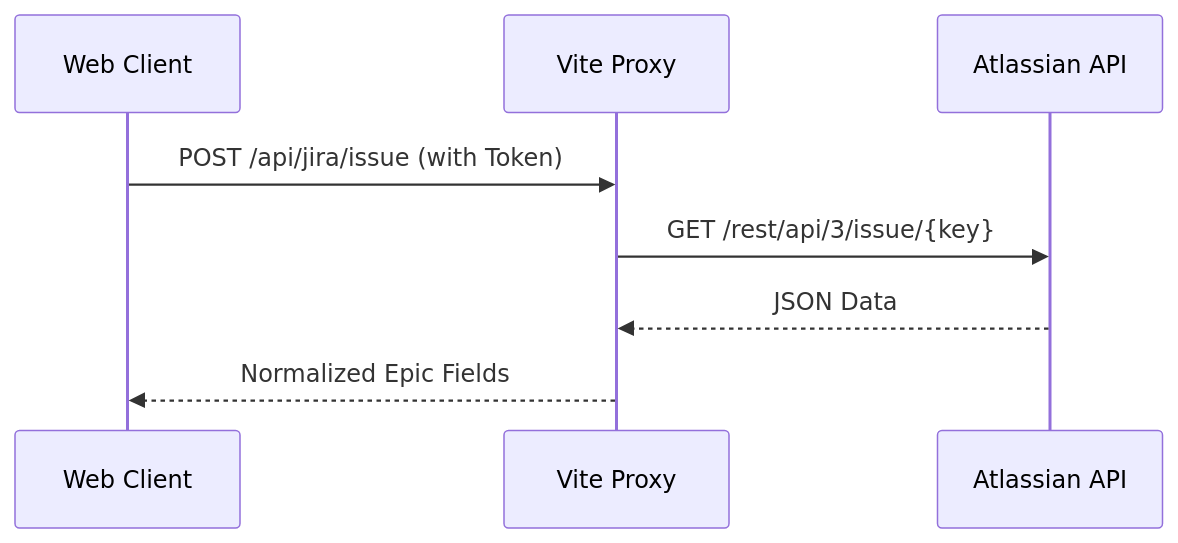
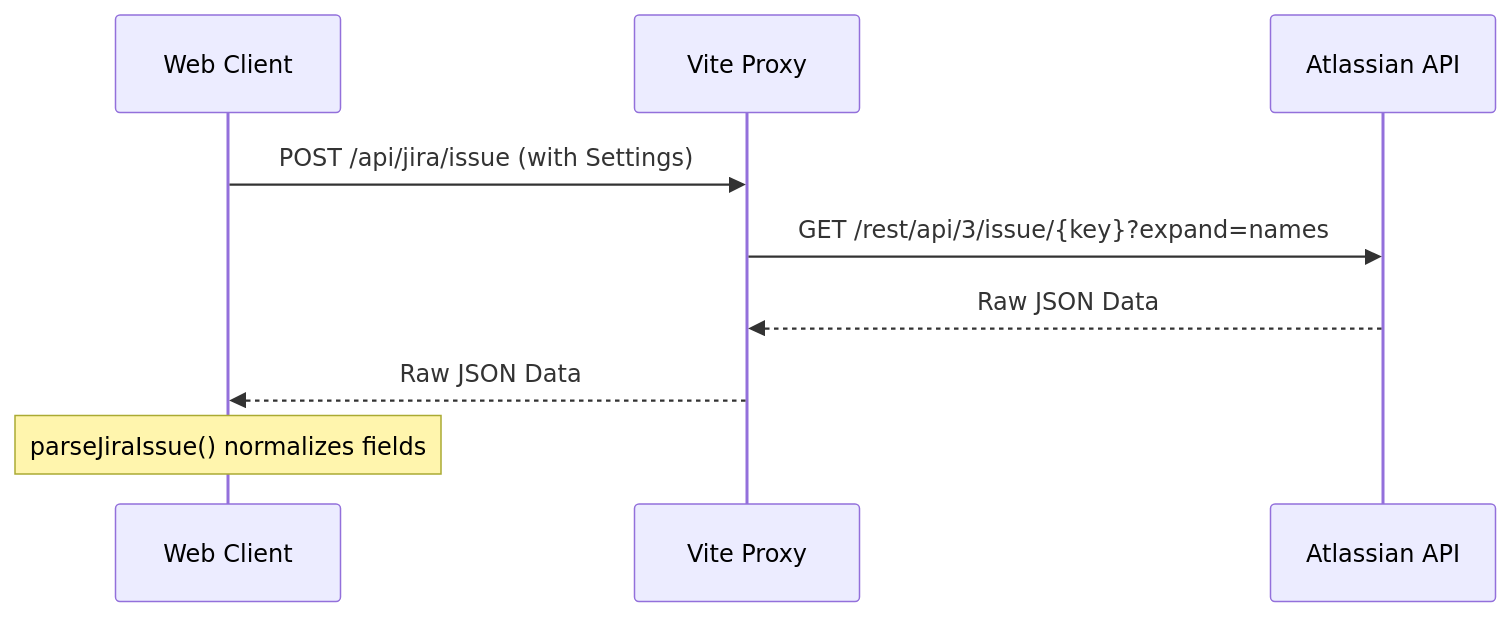
One commit to AlesKracik/ValueStream-DependencyTree changed the diagram in doc/JIRA_INTEGRATION.md. Above: the diagram before and after it, drawn with Mermaid. The commit also changed 7 other files, not shown here.

Commit message:
fix: resolve silent Jira sync failures by updating to POST, centralizing parsing logic, and adding user-facing error alerts

````diff
--- a/doc/JIRA_INTEGRATION.md
+++ b/doc/JIRA_INTEGRATION.md
@@ -9,10 +9,11 @@
 ```mermaid
 sequenceDiagram
     participant UI as Web Client
     participant Proxy as Vite Proxy
     participant Jira as Atlassian API
-    UI->>Proxy: POST /api/jira/issue (with Token)
-    Proxy->>Jira: GET /rest/api/3/issue/{key}
-    Jira-->>Proxy: JSON Data
-    Proxy-->>UI: Normalized Epic Fields
+    UI->>Proxy: POST /api/jira/issue (with Settings)
+    Proxy->>Jira: GET /rest/api/3/issue/{key}?expand=names
+    Jira-->>Proxy: Raw JSON Data
+    Proxy-->>UI: Raw JSON Data
+    Note over UI: parseJiraIssue() normalizes fields
 ```
````
